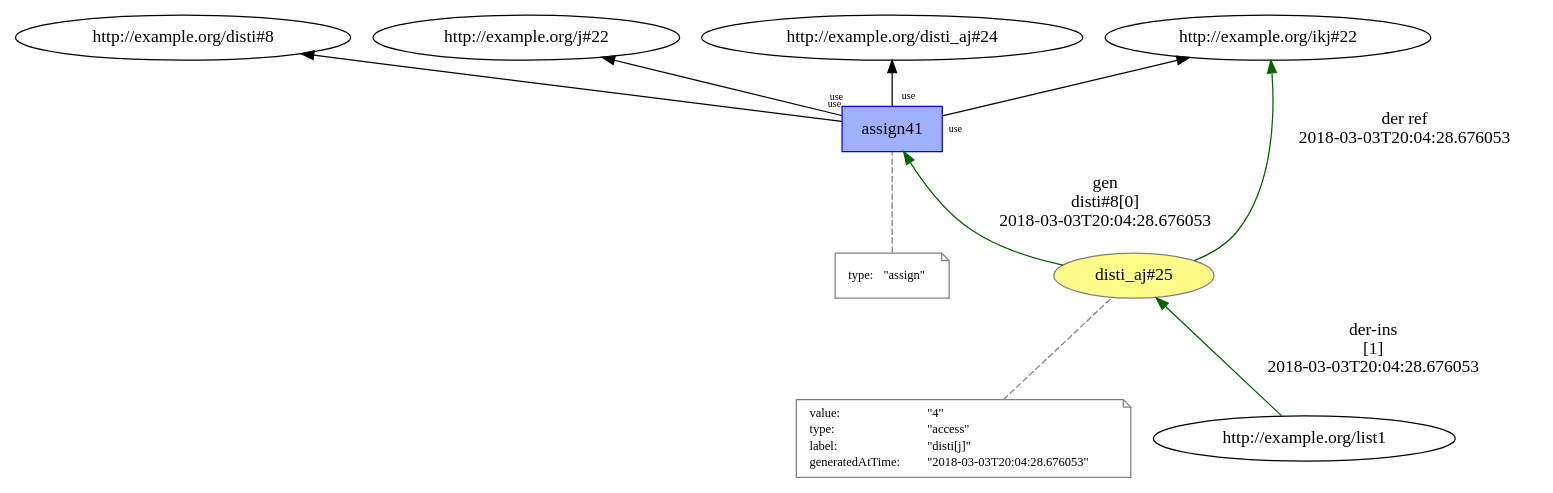
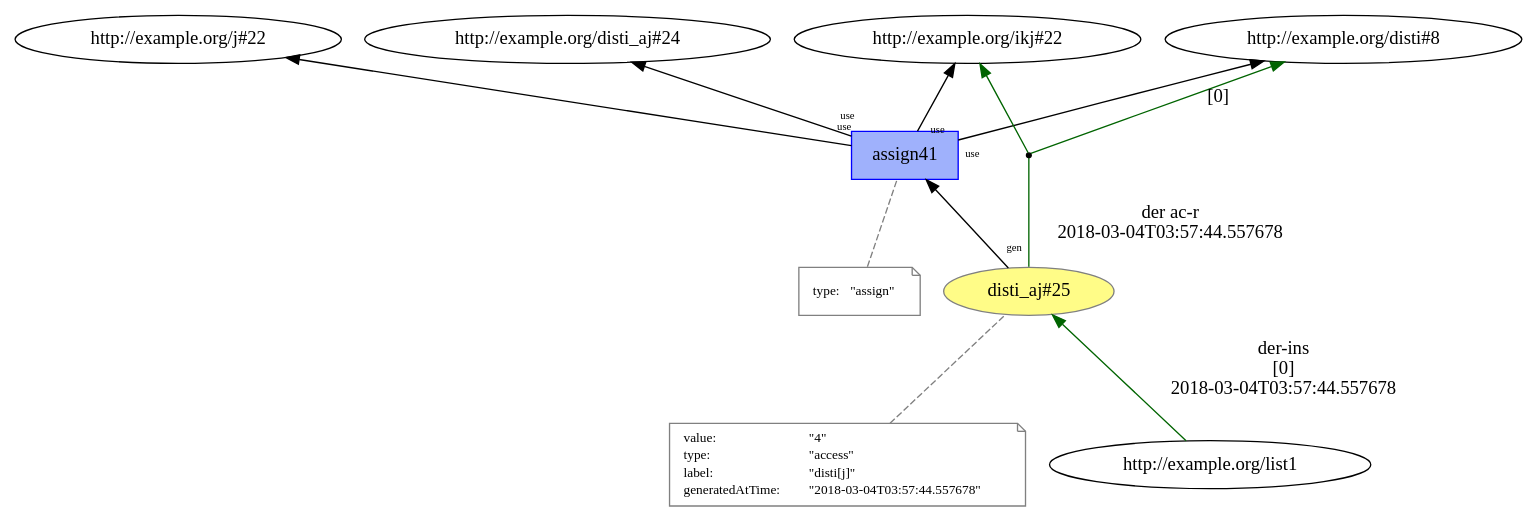
The diagram in versioned_prov/temp/L16__part_assign_with_propagation_3.dot (dew-uff/versioned-prov), drawn with Graphviz before and after one commit. The commit also changed 972 other files, not shown here.

```diff
--- a/versioned_prov/temp/L16__part_assign_with_propagation_3.dot
+++ b/versioned_prov/temp/L16__part_assign_with_propagation_3.dot
@@ -1,42 +1,43 @@
 digraph "PROV" { size="16,12"; rankdir="BT";
 "http://example.org/disti_aj#25" [fillcolor="#FFFC87",color="#808080",style="filled",label="disti_aj#25",URL="http://example.org/disti_aj#25"]
 "-attrs0" [color="gray",shape="note",fontsize="10",fontcolor="black",label=<<TABLE cellpadding="0" border="0">
 	<TR>
 	    <TD align="left">value:</TD>
 	    <TD align="left">&quot;4&quot;</TD>
 	</TR>
 	<TR>
 	    <TD align="left">type:</TD>
 	    <TD align="left">&quot;access&quot;</TD>
 	</TR>
 	<TR>
 	    <TD align="left">label:</TD>
 	    <TD align="left">&quot;disti[j]&quot;</TD>
 	</TR>
 	<TR>
 	    <TD align="left">generatedAtTime:</TD>
-	    <TD align="left">&quot;2018-03-03T20:04:28.676053&quot;</TD>
+	    <TD align="left">&quot;2018-03-04T03:57:44.557678&quot;</TD>
 	</TR>
 </TABLE>>]
 "-attrs0" -> "http://example.org/disti_aj#25" [color="gray",style="dashed",arrowhead="none"]
 "http://example.org/list1" -> "http://example.org/disti_aj#25" [labelfontsize="8",labeldistance="1.5",color="darkgreen",labelangle="60.0",rotation="20",label="der-ins
-[1]
-2018-03-03T20:04:28.676053"]
+[0]
+2018-03-04T03:57:44.557678"]
 "http://example.org/assign41" [fillcolor="#9FB1FC",color="#0000FF",shape="polygon",sides="4",style="filled",label="assign41",URL="http://example.org/assign41"]
 "-attrs1" [color="gray",shape="note",fontsize="10",fontcolor="black",label=<<TABLE cellpadding="0" border="0">
 	<TR>
 	    <TD align="left">type:</TD>
 	    <TD align="left">&quot;assign&quot;</TD>
 	</TR>
 </TABLE>>]
 "-attrs1" -> "http://example.org/assign41" [color="gray",style="dashed",arrowhead="none"]
 "http://example.org/assign41" -> "http://example.org/ikj#22" [labelfontsize="8",labeldistance="1.5",labelangle="60.0",rotation="20",taillabel="use"]
-"http://example.org/disti_aj#25" -> "http://example.org/ikj#22" [labelfontsize="8",labeldistance="1.5",color="darkgreen",labelangle="60.0",rotation="20",label="der ref
-2018-03-03T20:04:28.676053"]
-"http://example.org/disti_aj#25" -> "http://example.org/assign41" [labelfontsize="8",labeldistance="1.5",color="darkgreen",labelangle="60.0",rotation="20",label="gen
-disti#8[0]
-2018-03-03T20:04:28.676053"]
+"bn0" [shape="point",label=""]
+"http://example.org/disti_aj#25" -> "bn0" [arrowhead="none",color="darkgreen",label="der ac-r
+2018-03-04T03:57:44.557678"]
+"bn0" -> "http://example.org/disti#8" [labelfontsize="8",labeldistance="1.5",color="darkgreen",labelangle="60.0",rotation="20",label="[0]"]
+"bn0" -> "http://example.org/ikj#22" [color="darkgreen"]
+"http://example.org/disti_aj#25" -> "http://example.org/assign41" [labelfontsize="8",labeldistance="1.5",labelangle="60.0",rotation="20",taillabel="gen"]
 "http://example.org/assign41" -> "http://example.org/disti#8" [labelfontsize="8",labeldistance="1.5",labelangle="60.0",rotation="20",taillabel="use"]
 "http://example.org/assign41" -> "http://example.org/j#22" [labelfontsize="8",labeldistance="1.5",labelangle="60.0",rotation="20",taillabel="use"]
 "http://example.org/assign41" -> "http://example.org/disti_aj#24" [labelfontsize="8",labeldistance="1.5",labelangle="60.0",rotation="20",taillabel="use"]
 }
```
